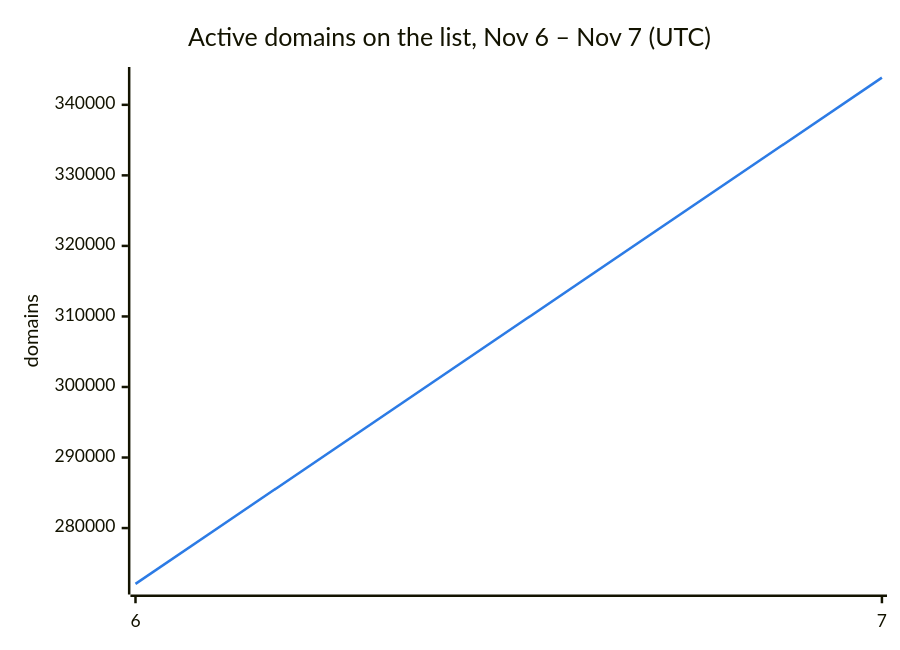
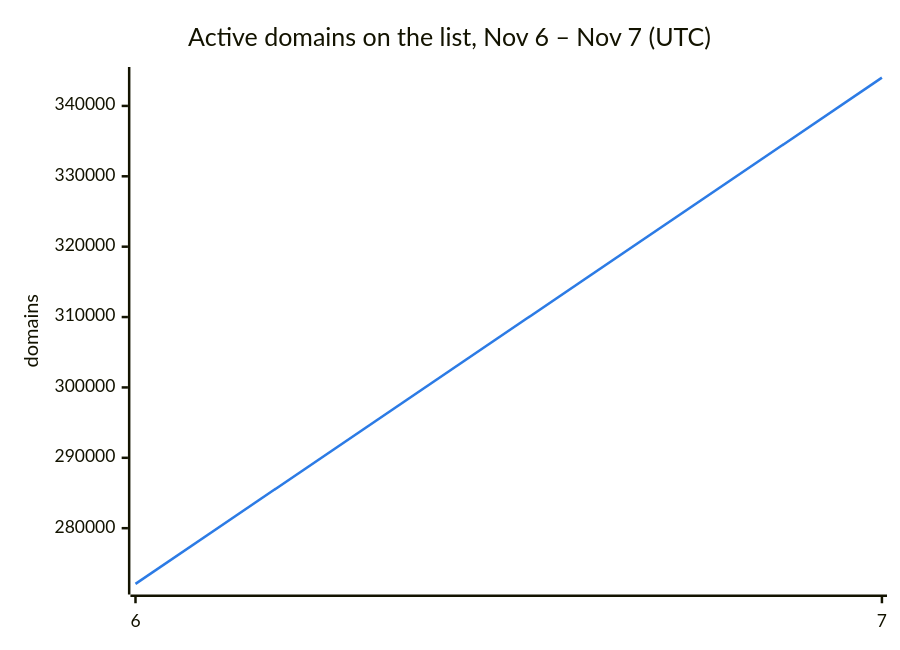
One commit to DNSBunker/CTI changed the second of 3 diagrams in README.md. Above: the diagram before and after it, drawn with Mermaid. The commit also changed other lines of this file and 3 other files, not shown here.

````diff
--- a/README.md
+++ b/README.md
@@ -38,8 +38,8 @@
 ```mermaid
 %%{init: {"themeVariables": {"xyChart": {"plotColorPalette": "#2c7be5"}}}}%%
 xychart-beta
     title "Active domains on the list, Nov 6 – Nov 7 (UTC)"
     x-axis ["6", "7"]
     y-axis "domains"
-    line [272088, 343856]
+    line [272088, 344020]
 ```
````
